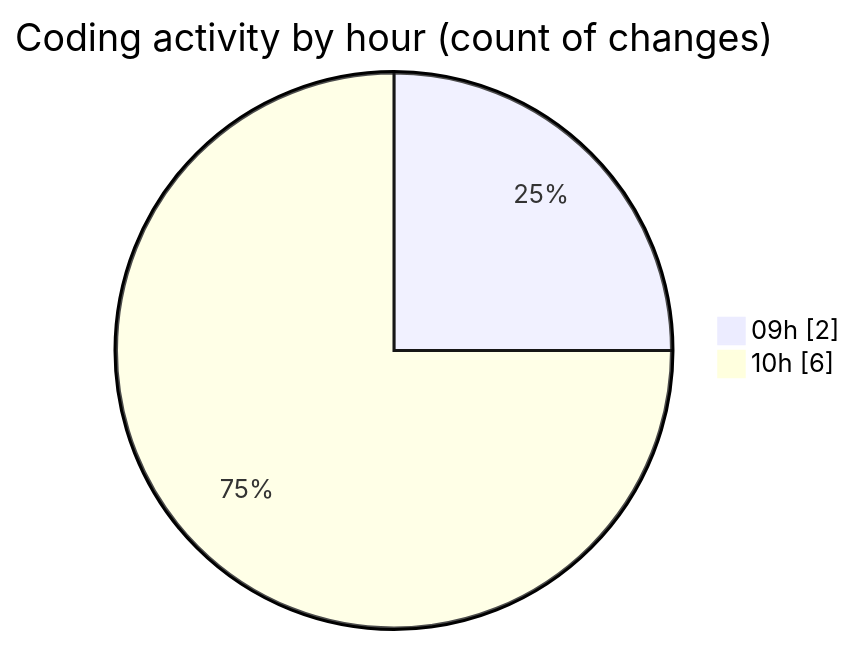
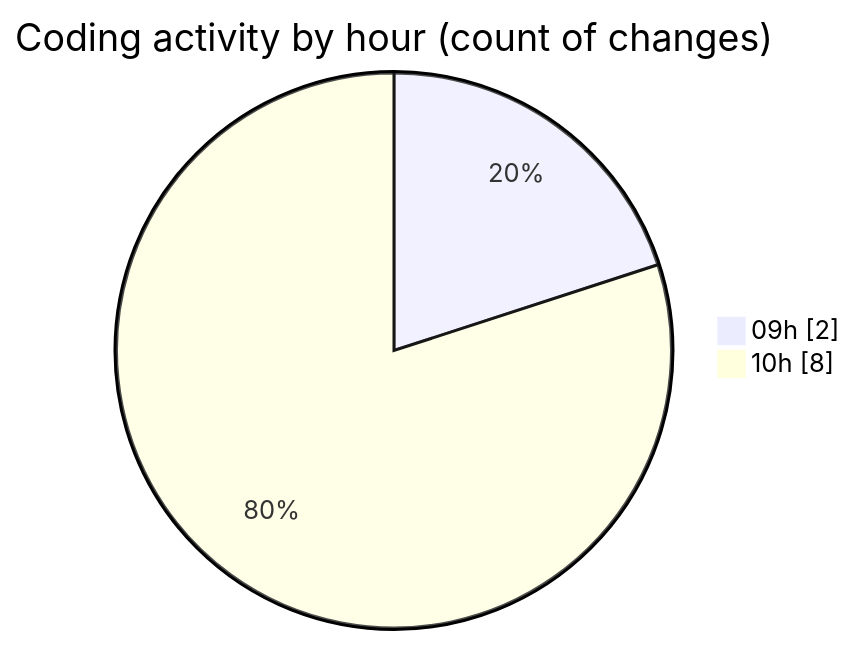
The second of 2 diagrams in 2025-07-02/cda/README.md (momahboobian/code-tracking), drawn with Mermaid before and after one commit. The commit also changed other lines of this file and 1 other file, not shown here.

````diff
--- a/2025-07-02/cda/README.md
+++ b/2025-07-02/cda/README.md
@@ -31,6 +32,6 @@
 ```mermaid
 pie showData
 title Coding activity by hour (count of changes)
 "09h" : 2
-"10h" : 6
+"10h" : 8
 ```
````
